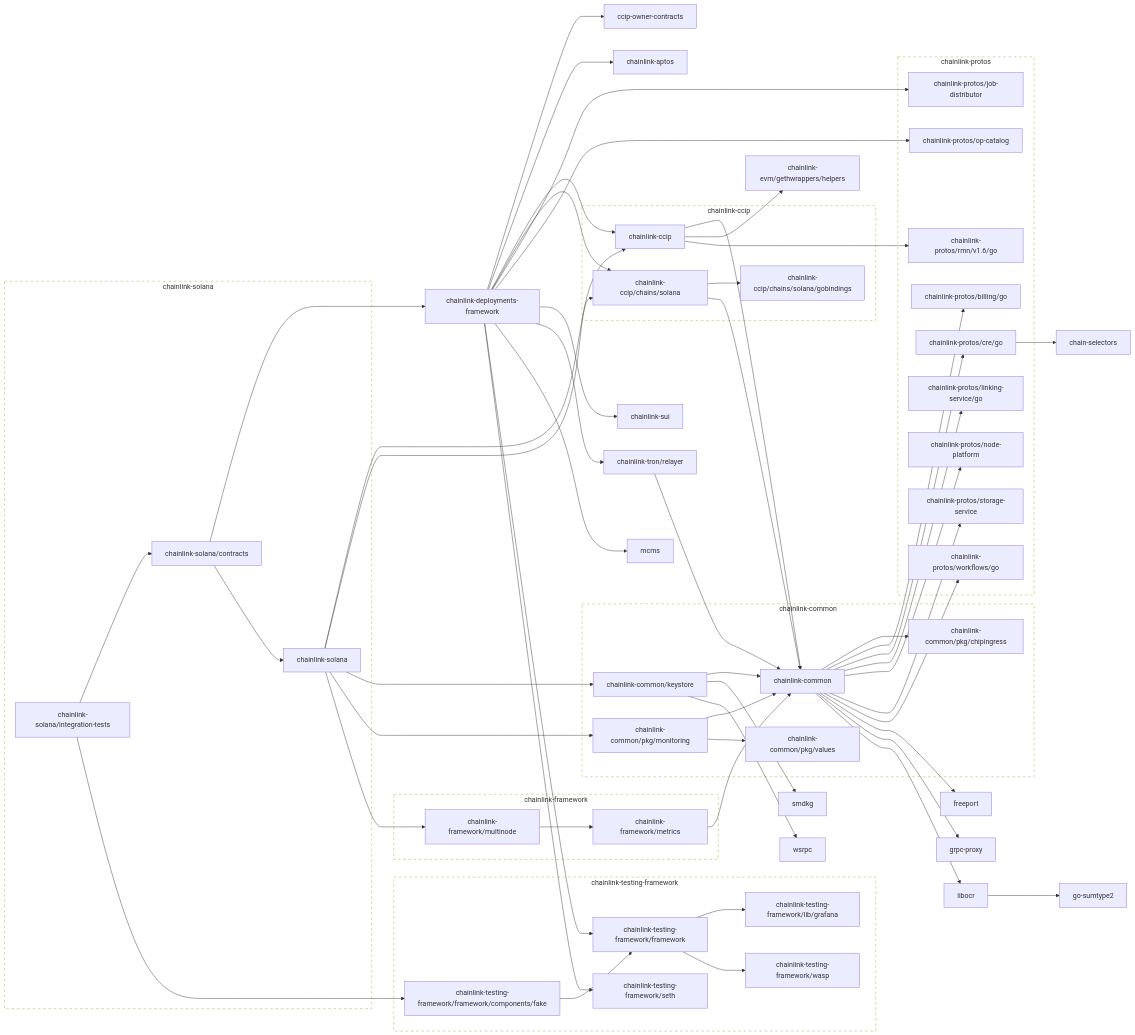
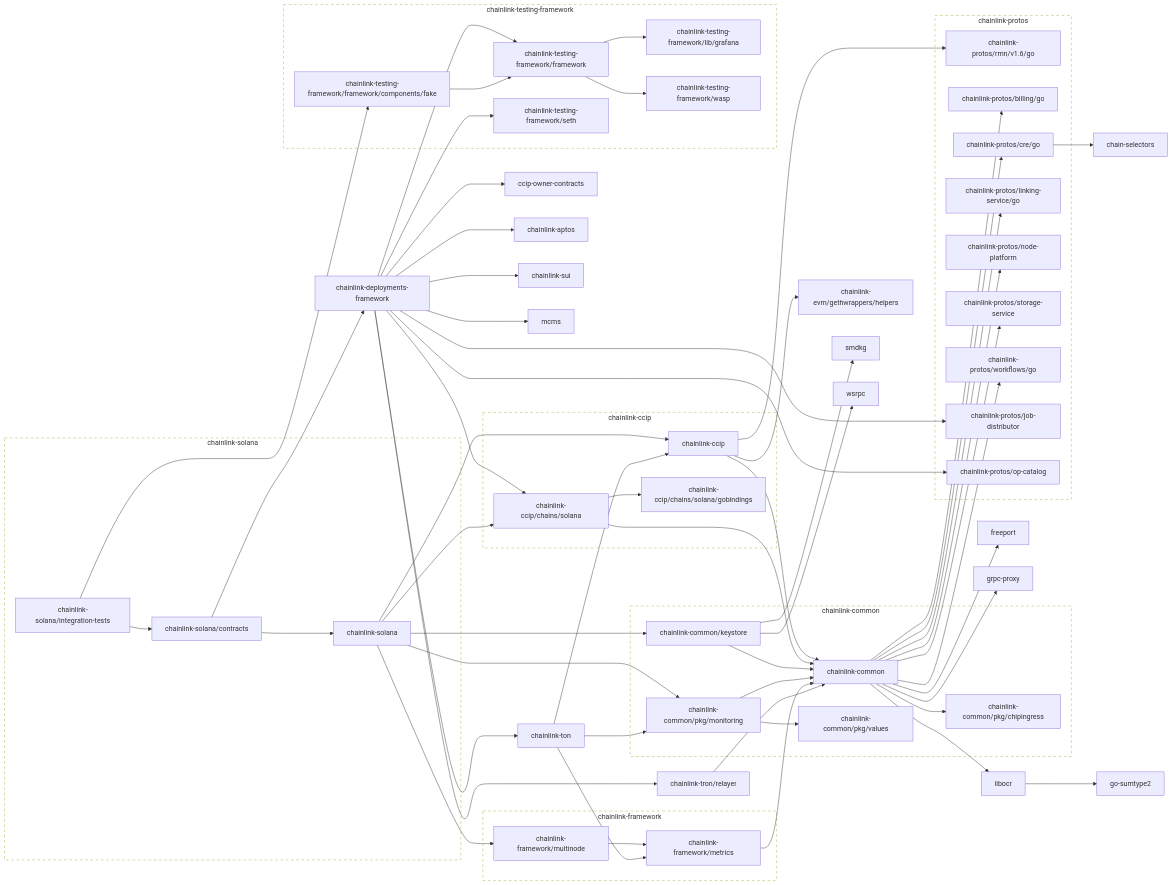
Before and after one commit to smartcontractkit/chainlink-solana: the second of 2 diagrams in go.md, drawn with Mermaid.

```diff
--- a/go.md
+++ b/go.md
@@ -154,13 +154,13 @@
 	click chainlink-common/pkg/values href "https://github.com/smartcontractkit/chainlink-common"
 	chainlink-deployments-framework --> ccip-owner-contracts
 	chainlink-deployments-framework --> chainlink-aptos
-	chainlink-deployments-framework --> chainlink-ccip
 	chainlink-deployments-framework --> chainlink-ccip/chains/solana
 	chainlink-deployments-framework --> chainlink-protos/job-distributor
 	chainlink-deployments-framework --> chainlink-protos/op-catalog
 	chainlink-deployments-framework --> chainlink-sui
 	chainlink-deployments-framework --> chainlink-testing-framework/framework
 	chainlink-deployments-framework --> chainlink-testing-framework/seth
+	chainlink-deployments-framework --> chainlink-ton
 	chainlink-deployments-framework --> chainlink-tron/relayer
 	chainlink-deployments-framework --> mcms
 	click chainlink-deployments-framework href "https://github.com/smartcontractkit/chainlink-deployments-framework"
@@ -213,6 +213,10 @@
 	click chainlink-testing-framework/seth href "https://github.com/smartcontractkit/chainlink-testing-framework"
 	chainlink-testing-framework/wasp
 	click chainlink-testing-framework/wasp href "https://github.com/smartcontractkit/chainlink-testing-framework"
+	chainlink-ton --> chainlink-ccip
+	chainlink-ton --> chainlink-common/pkg/monitoring
+	chainlink-ton --> chainlink-framework/metrics
+	click chainlink-ton href "https://github.com/smartcontractkit/chainlink-ton"
 	chainlink-tron/relayer --> chainlink-common
 	click chainlink-tron/relayer href "https://github.com/smartcontractkit/chainlink-tron"
 	freeport
```
